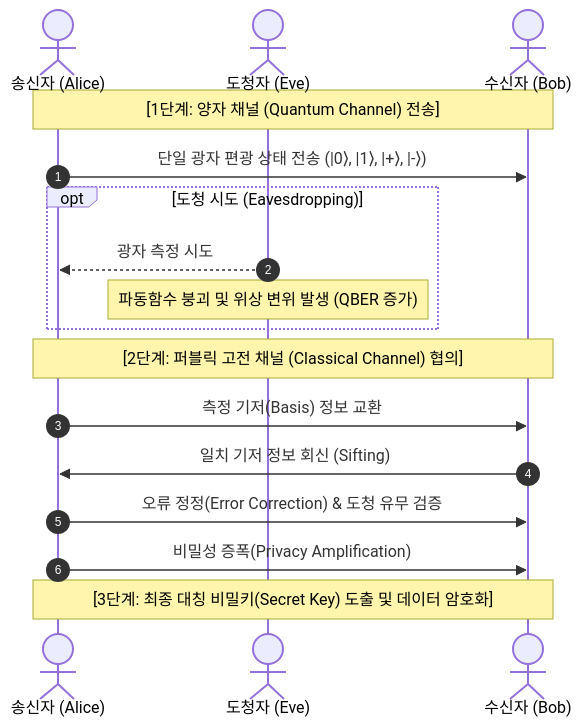
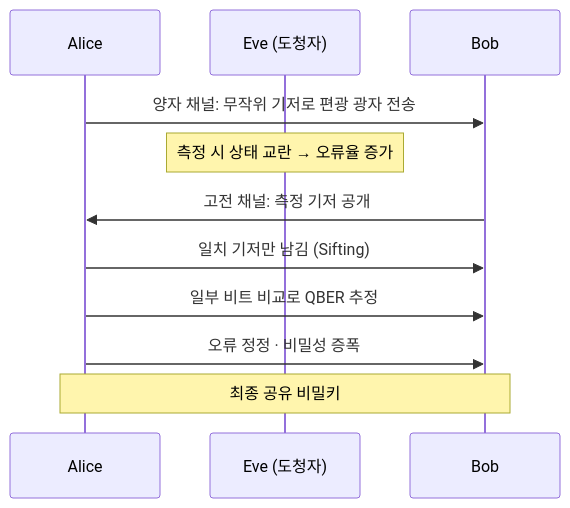
One commit to supremethumb/supremethumb.github.io changed the diagram in content/01_IT Tech/양자 암호.md. Above: the diagram before and after it, drawn with Mermaid. The commit also changed other lines of this file and 1087 other files, not shown here.

````diff
--- a/content/01_IT Tech/양자 암호.md
+++ b/content/01_IT Tech/양자 암호.md
@@ -22,23 +37,13 @@
 ```mermaid
 sequenceDiagram
-    autonumber
-    actor Alice as 송신자 (Alice)
-    actor Eve as 도청자 (Eve)
-    actor Bob as 수신자 (Bob)
-
-    Note over Alice, Bob: [1단계: 양자 채널 (Quantum Channel) 전송]
-    Alice->>Bob: 단일 광자 편광 상태 전송 (|0⟩, |1⟩, |+⟩, |-⟩)
-    opt 도청 시도 (Eavesdropping)
-        Eve-->>Alice: 광자 측정 시도
-        Note over Eve: 파동함수 붕괴 및 위상 변위 발생 (QBER 증가)
-    end
-
-    Note over Alice, Bob: [2단계: 퍼블릭 고전 채널 (Classical Channel) 협의]
-    Alice->>Bob: 측정 기저(Basis) 정보 교환
-    Bob->>Alice: 일치 기저 정보 회신 (Sifting)
-    Alice->>Bob: 오류 정정(Error Correction) & 도청 유무 검증
-    Alice->>Bob: 비밀성 증폭(Privacy Amplification)
-
-    Note over Alice, Bob: [3단계: 최종 대칭 비밀키(Secret Key) 도출 및 데이터 암호화]
-
+    participant A as Alice
+    participant E as Eve (도청자)
+    participant B as Bob
+    A->>B: 양자 채널: 무작위 기저로 편광 광자 전송
+    Note over E: 측정 시 상태 교란 → 오류율 증가
+    B->>A: 고전 채널: 측정 기저 공개
+    A->>B: 일치 기저만 남김 (Sifting)
+    A->>B: 일부 비트 비교로 QBER 추정
+    A->>B: 오류 정정 · 비밀성 증폭
+    Note over A,B: 최종 공유 비밀키
 ```
````
